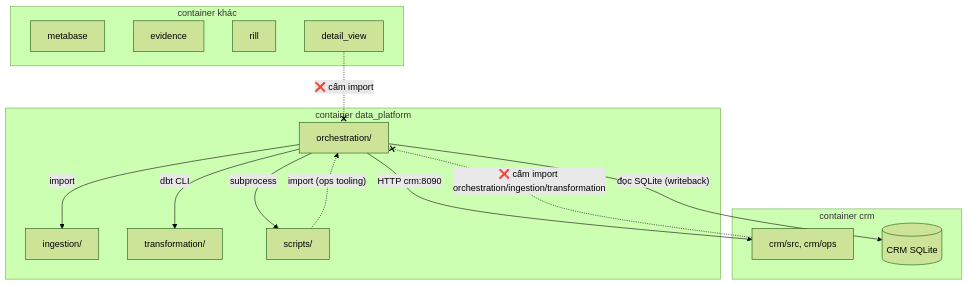
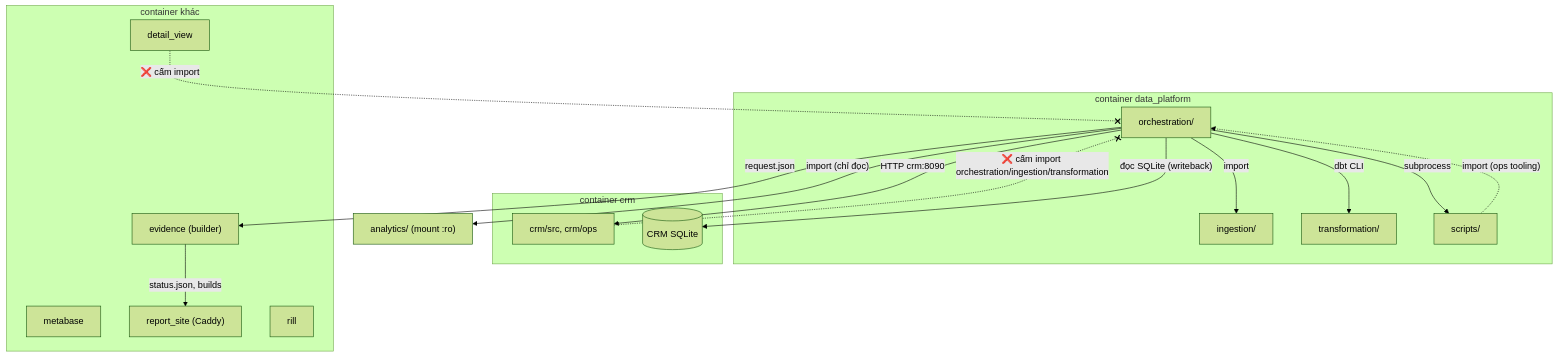
One commit to vantt/data-integration changed diagram 17 of 17 in docs/architecture/modules.md. Above: the diagram before and after it, drawn with Mermaid (forest theme). The commit also changed other lines of this file and 57 other files, not shown here.

````diff
--- a/docs/architecture/modules.md
+++ b/docs/architecture/modules.md
@@ -791,27 +792,31 @@
 ```mermaid
 flowchart TB
     subgraph DPC["container data_platform"]
         ORCH["orchestration/"]
         ING["ingestion/"]
         TRF["transformation/"]
         SCR["scripts/"]
     end
     subgraph CRMC["container crm"]
         CRMSRC["crm/src, crm/ops"]
         CRMDB[("CRM SQLite")]
     end
     subgraph OTHER["container khác"]
         MBC[metabase]
-        EVC[evidence]
+        EVC["evidence (builder)"]
+        RSC["report_site (Caddy)"]
         RLC[rill]
         DVC[detail_view]
     end
     ORCH -->|import| ING
     ORCH -->|"dbt CLI"| TRF
     ORCH -->|"subprocess"| SCR
     SCR -. "import (ops tooling)" .-> ORCH
     ORCH -->|"HTTP crm:8090"| CRMSRC
     ORCH -->|"đọc SQLite (writeback)"| CRMDB
     CRMSRC -. "❌ cấm import orchestration/ingestion/transformation" .-x ORCH
     DVC -. "❌ cấm import" .-x ORCH
+    ORCH -->|"import (chỉ đọc)" | ANA["analytics/ (mount :ro)"]
+    ORCH -->|"request.json"| EVC
+    EVC -->|"status.json, builds"| RSC
 ```
````
